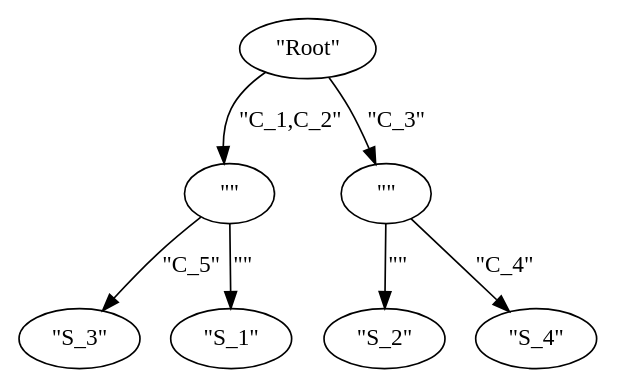
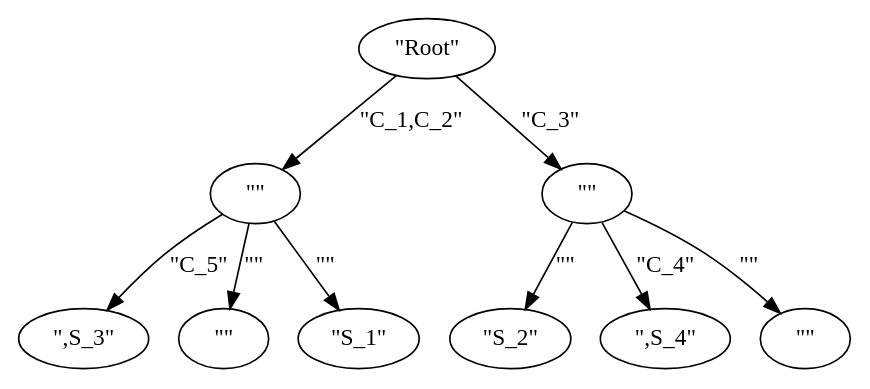
Before and after one commit to dlcgold/perfect-phylogeny-rs: the diagram in output/final.dot, drawn with Graphviz. The commit also changed 3 other files, not shown here.

```diff
--- a/output/final.dot
+++ b/output/final.dot
@@ -1,15 +1,19 @@
 digraph {
     0 [ label = "\"Root\"" ]
     1 [ label = "\"S_2\"" ]
     2 [ label = "\"\"" ]
     3 [ label = "\"\"" ]
-    4 [ label = "\"S_3\"" ]
-    5 [ label = "\"S_4\"" ]
-    6 [ label = "\"S_1\"" ]
+    4 [ label = "\",S_3\"" ]
+    5 [ label = "\",S_4\"" ]
+    6 [ label = "\"\"" ]
+    7 [ label = "\"S_1\"" ]
+    8 [ label = "\"\"" ]
     3 -> 1 [ label = "\"\"" ]
     0 -> 2 [ label = "\"C_1,C_2\"" ]
     0 -> 3 [ label = "\"C_3\"" ]
     2 -> 4 [ label = "\"C_5\"" ]
     3 -> 5 [ label = "\"C_4\"" ]
     2 -> 6 [ label = "\"\"" ]
+    2 -> 7 [ label = "\"\"" ]
+    3 -> 8 [ label = "\"\"" ]
 }
```
